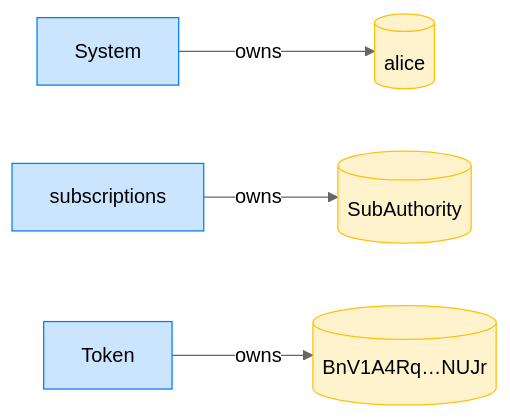
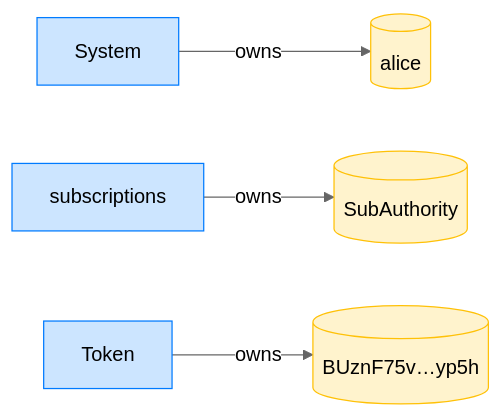
Before and after one commit to cds-rs/subscriptions: the fourth of 4 diagrams in dsl_tests/survive-an-over-funded-pda.md, drawn with Mermaid (neutral theme). The commit also changed other lines of this file and 224 other files, not shown here.

````diff
--- a/dsl_tests/survive-an-over-funded-pda.md
+++ b/dsl_tests/survive-an-over-funded-pda.md
@@ -77,14 +81,14 @@
 ```mermaid
 flowchart LR
     classDef owner fill:#cce5ff,stroke:#007bff;
     classDef account fill:#fff3cd,stroke:#ffc107;
     System[System]:::owner
     alice[(alice)]:::account
     subscriptions[subscriptions]:::owner
     SubAuthority[(SubAuthority)]:::account
     Token[Token]:::owner
-    BnV1A4Rq_NUJr[("BnV1A4Rq…NUJr")]:::account
+    BUznF75v_yp5h[("BUznF75v…yp5h")]:::account
     System -->|owns| alice
     subscriptions -->|owns| SubAuthority
-    Token -->|owns| BnV1A4Rq_NUJr
+    Token -->|owns| BUznF75v_yp5h
 ```
````
